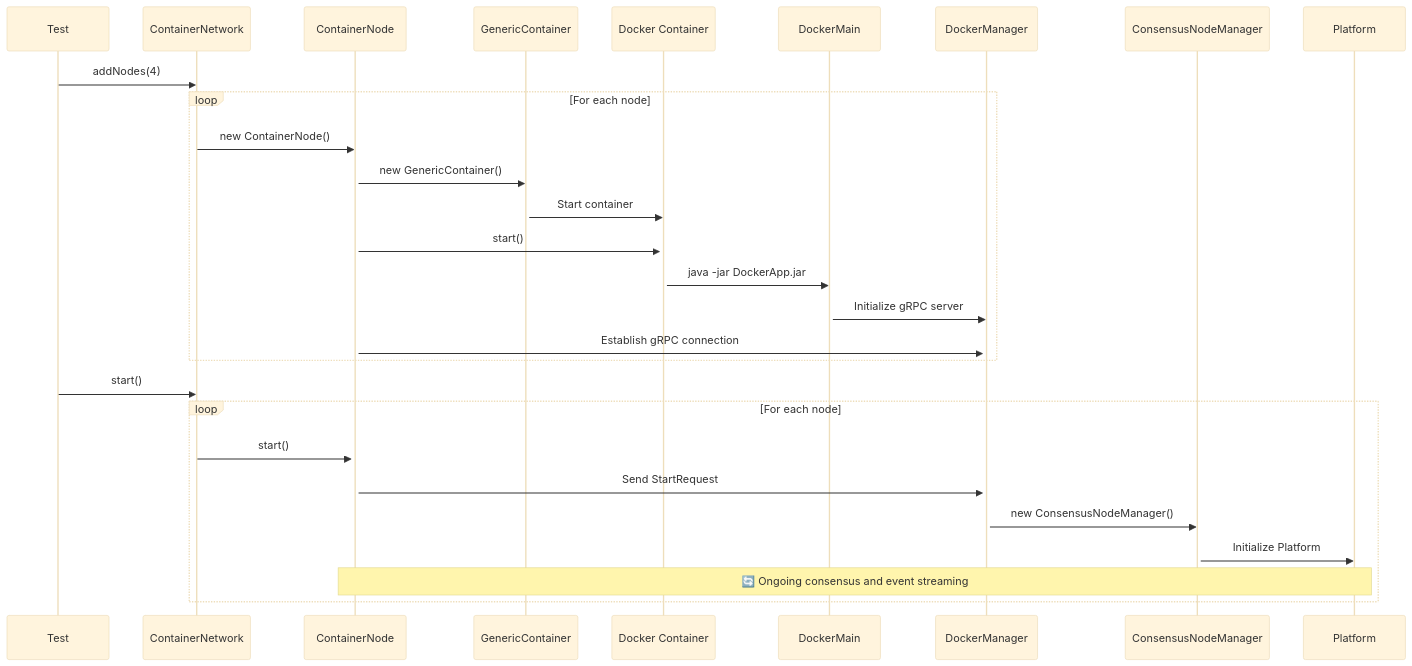
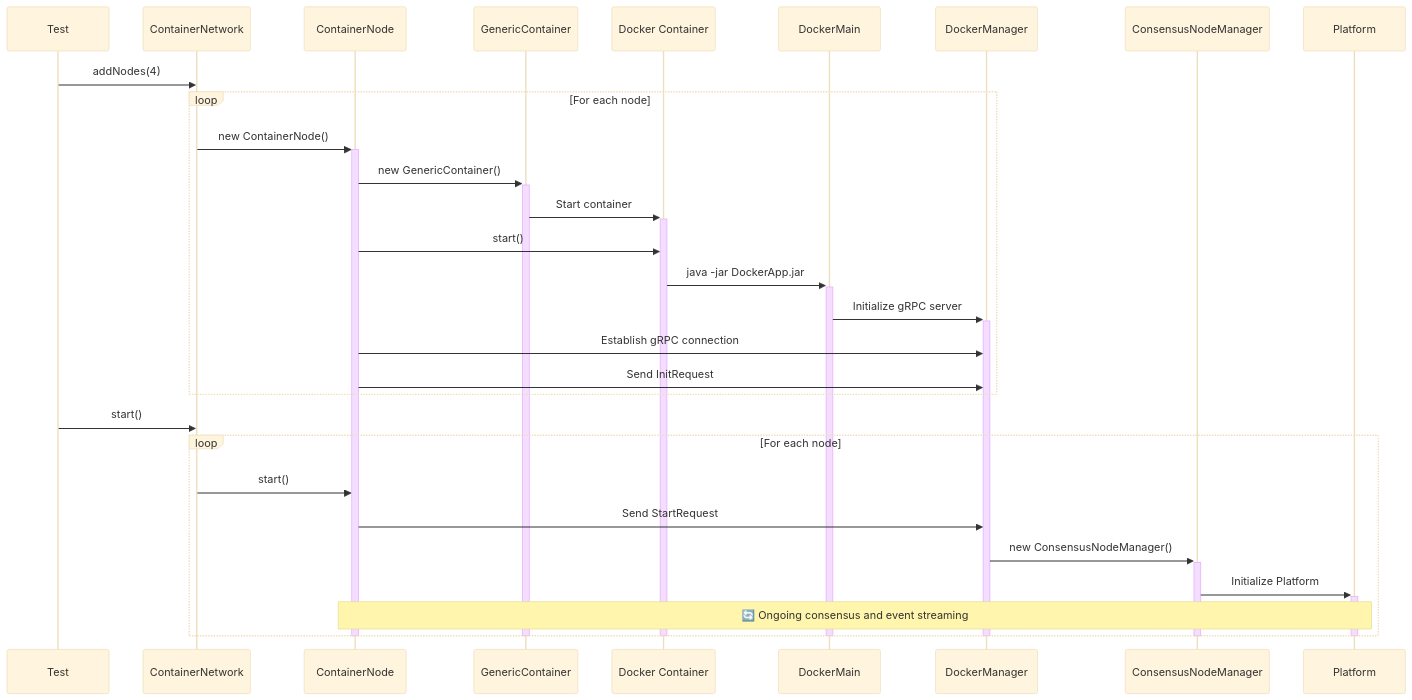
The third of 5 diagrams in platform-sdk/consensus-otter-tests/docs/container-environment.md (hiero-ledger/hiero-consensus-node), drawn with Mermaid (base theme) before and after one commit. The commit also changed other lines of this file and 2 other files, not shown here.

Commit message:
Updated container document with latest changes

````diff
--- a/platform-sdk/consensus-otter-tests/docs/container-environment.md
+++ b/platform-sdk/consensus-otter-tests/docs/container-environment.md
@@ -190,41 +190,43 @@
 ```mermaid
 sequenceDiagram
     participant Test as Test
     participant ContainerNetwork
     participant ContainerNode
     participant GenericContainer
     participant Container as Docker Container
     participant DockerMain
     participant DockerManager
     participant ConsensusNodeManager
     participant Platform
 
     Test->>ContainerNetwork: addNodes(4)
 
     loop For each node
-        ContainerNetwork->>ContainerNode: new ContainerNode()
-        activate ContainerNode
-        ContainerNode->>GenericContainer: new GenericContainer()
-        activate GenericContainer
-        GenericContainer->>Container: Start container
-        activate Container
+        ContainerNetwork->>+ContainerNode: new ContainerNode()
+        ContainerNode->>+GenericContainer: new GenericContainer()
+        GenericContainer->>+Container: Start container
         ContainerNode->>Container: start()
-        Container->>DockerMain: java -jar DockerApp.jar
-        activate DockerMain
-        DockerMain->>DockerManager: Initialize gRPC server
-        activate DockerManager
+        Container->>+DockerMain: java -jar DockerApp.jar
+        DockerMain->>+DockerManager: Initialize gRPC server
         ContainerNode->>DockerManager: Establish gRPC connection
+      ContainerNode->>DockerManager: Send InitRequest
     end
 
     Test->>ContainerNetwork: start()
 
     loop For each node
         ContainerNetwork->>ContainerNode: start()
         ContainerNode->>DockerManager: Send StartRequest
-        DockerManager->>ConsensusNodeManager: new ConsensusNodeManager()
-        activate ConsensusNodeManager
-        ConsensusNodeManager->>Platform: Initialize Platform
-        activate Platform
+        DockerManager->>+ConsensusNodeManager: new ConsensusNodeManager()
+        ConsensusNodeManager->>+Platform: Initialize Platform
         Note over ContainerNode,Platform: 🔄 Ongoing consensus and event streaming
     end
+    
+    deactivate ContainerNode
+    deactivate GenericContainer
+    deactivate Container
+    deactivate DockerMain
+    deactivate DockerManager
+    deactivate ConsensusNodeManager
+    deactivate Platform
 ```
````
